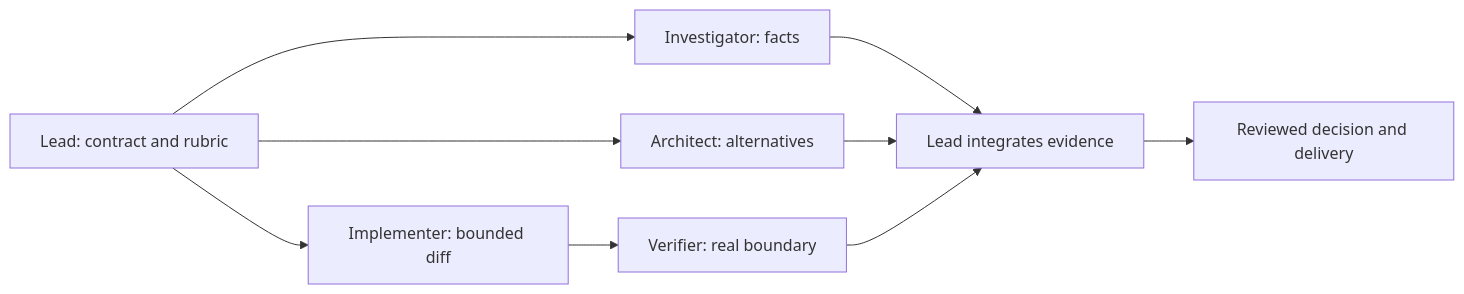
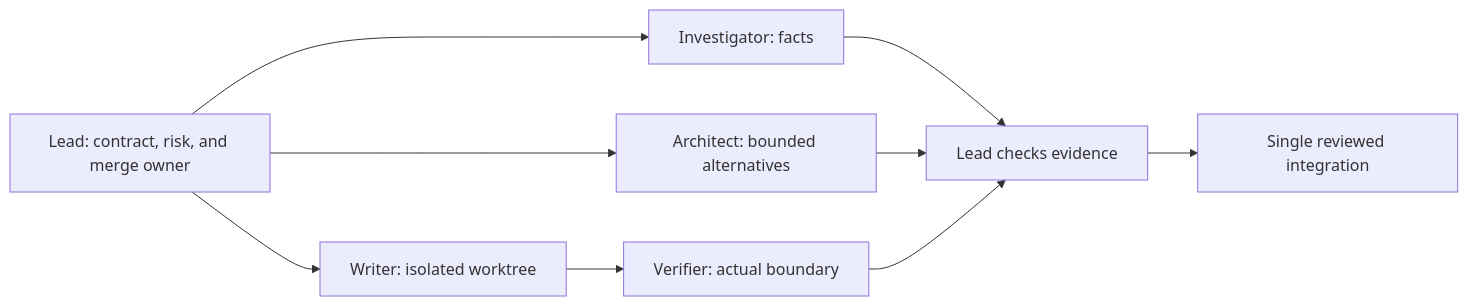
The third of 3 diagrams in README.md (deepujain/skippy), drawn with Mermaid before and after one commit. The commit also changed other lines of this file and 9 other files, not shown here.

````diff
--- a/README.md
+++ b/README.md
@@ -111,11 +116,11 @@
 ```mermaid
 flowchart LR
-  A["Lead: contract and rubric"] --> B["Investigator: facts"]
-  A --> C["Architect: alternatives"]
-  A --> D["Implementer: bounded diff"]
-  D --> E["Verifier: real boundary"]
-  B --> F["Lead integrates evidence"]
-  C --> F
-  E --> F
-  F --> G["Reviewed decision and delivery"]
+  L["Lead: contract, risk, and merge owner"] --> I["Investigator: facts"]
+  L --> A["Architect: bounded alternatives"]
+  L --> W["Writer: isolated worktree"]
+  W --> V["Verifier: actual boundary"]
+  I --> M["Lead checks evidence"]
+  A --> M
+  V --> M
+  M --> R["Single reviewed integration"]
 ```
````
